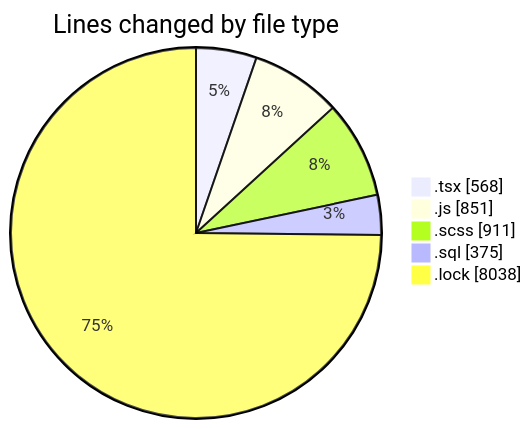
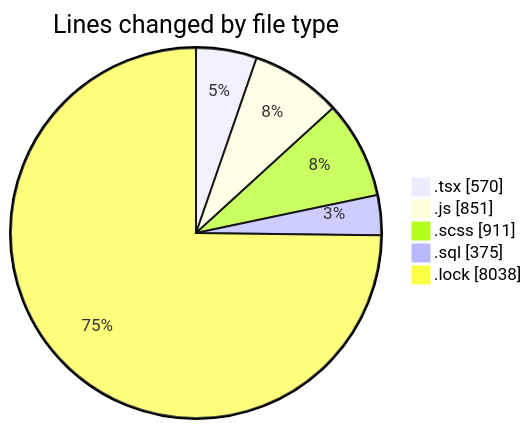
Before and after one commit to momahboobian/code-tracking: the first of 2 diagrams in 2025-03-18/cda/README.md, drawn with Mermaid. The commit also changed other lines of this file and 1 other file, not shown here.

````diff
--- a/2025-03-18/cda/README.md
+++ b/2025-03-18/cda/README.md
@@ -30,9 +30,9 @@
 ```mermaid
 pie showData
 title Lines changed by file type
-".tsx" : 568
+".tsx" : 570
 ".js" : 851
 ".scss" : 911
 ".sql" : 375
 ".lock" : 8038
 ```
````
